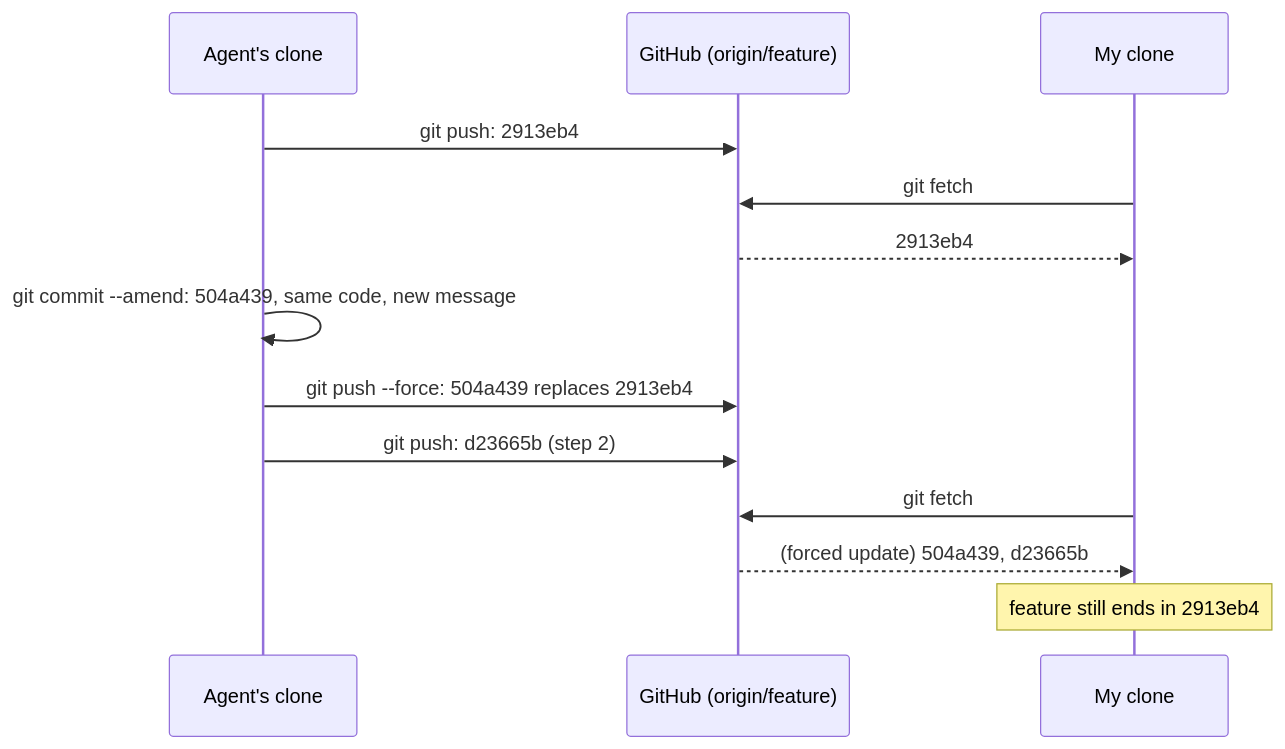
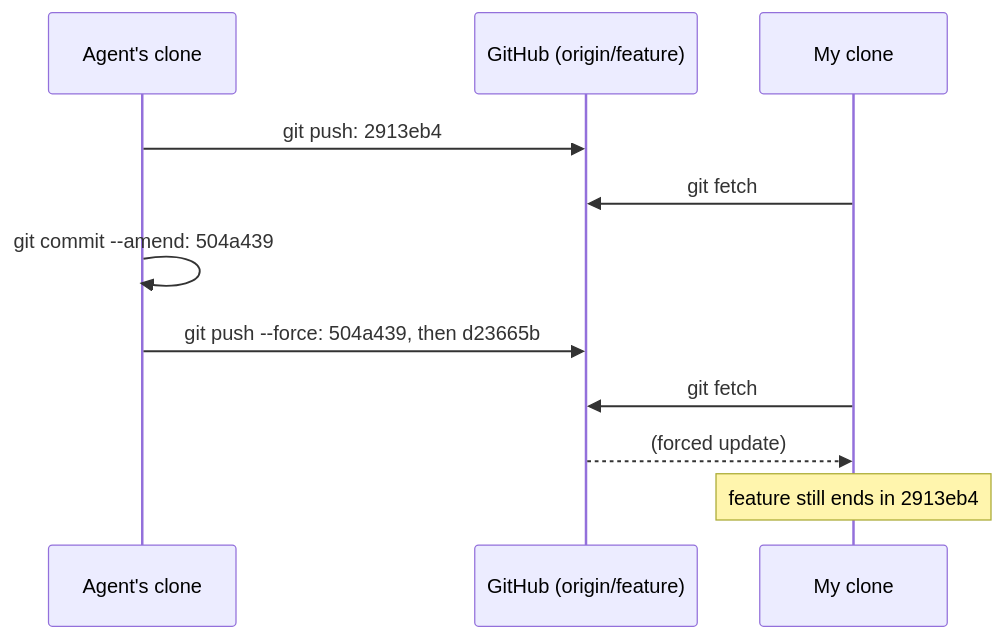
The first of 2 diagrams in git/resync-clone-after-force-push.md (abdelhousni/til), drawn with Mermaid before and after one commit. The commit also changed other lines of this file and 1 other file, not shown here.

````diff
--- a/git/resync-clone-after-force-push.md
+++ b/git/resync-clone-after-force-push.md
@@ -5,16 +5,14 @@
 ```mermaid
 sequenceDiagram
     participant Agent as Agent's clone
     participant GH as GitHub (origin/feature)
     participant Me as My clone
 
     Agent->>GH: git push: 2913eb4
     Me->>GH: git fetch
-    GH-->>Me: 2913eb4
-    Agent->>Agent: git commit --amend: 504a439, same code, new message
-    Agent->>GH: git push --force: 504a439 replaces 2913eb4
-    Agent->>GH: git push: d23665b (step 2)
+    Agent->>Agent: git commit --amend: 504a439
+    Agent->>GH: git push --force: 504a439, then d23665b
     Me->>GH: git fetch
-    GH-->>Me: (forced update) 504a439, d23665b
+    GH-->>Me: (forced update)
     Note over Me: feature still ends in 2913eb4
 ```
````
